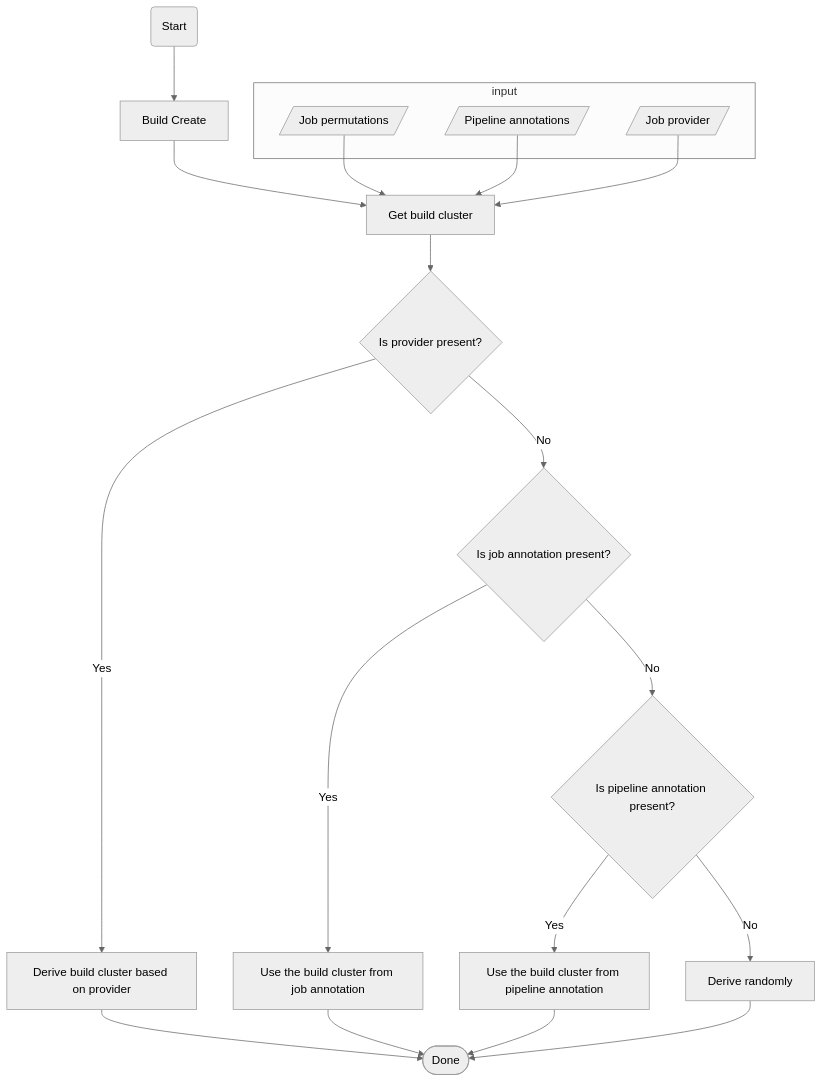
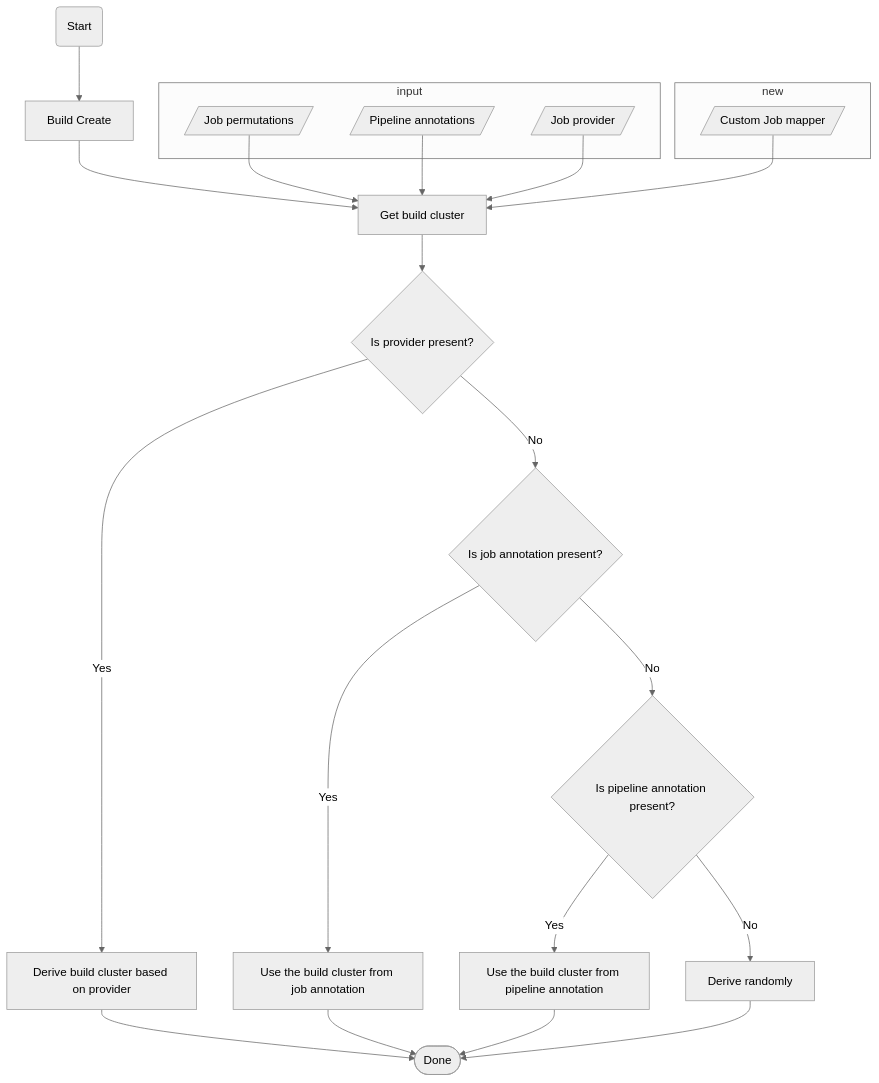
The second of 2 diagrams in design/sd-build-cluster-selection.md (screwdriver-cd/screwdriver), drawn with Mermaid (neutral theme) before and after one commit.

Commit message:
add custom job mapper

````diff
--- a/design/sd-build-cluster-selection.md
+++ b/design/sd-build-cluster-selection.md
@@ -49,34 +49,38 @@
 ```mermaid
 graph TD
 
   A(Start) --> B[Build Create]
   B --> C[Get build cluster]
   subgraph input
   D@{ shape: lean-r, label: "Job permutations" }
   E@{ shape: lean-r, label: "Pipeline annotations" }
   F@{ shape: lean-r, label: "Job provider" }
   end
+  subgraph new
+  Y@{ shape: lean-r, label: "Custom Job mapper" }
+  end
   D --> C
   E --> C
   F --> C
+  Y --> C
   C --> G{Is provider present?}
   G -->|Yes| H[Derive build cluster based on provider]
   H --> Z@{ shape: stadium, label: "Done" }
   G -->|No| I{Is job annotation present?}
   I --> |Yes| J[Use the build cluster from job annotation]
   J --> Z
   I --> |No| K{Is pipeline annotation present?}
   K --> |Yes| L[Use the build cluster from pipeline annotation]
   K --> |No| M[Derive randomly]
   L --> Z
   M --> Z
 
   click C "https://github.com/screwdriver-cd/models/blob/7eac5d79e11620793ab8936cf6e06971a2c04eea/lib/buildFactory.js#L221-L226"
   click D "https://github.com/screwdriver-cd/models/blob/7eac5d79e11620793ab8936cf6e06971a2c04eea/lib/buildFactory.js#L213"
   click E "https://github.com/screwdriver-cd/models/blob/7eac5d79e11620793ab8936cf6e06971a2c04eea/lib/buildFactory.js#L214"
   click F "https://github.com/screwdriver-cd/models/blob/7eac5d79e11620793ab8936cf6e06971a2c04eea/lib/buildFactory.js#L215-L219"
   click H "https://github.com/screwdriver-cd/models/blob/7eac5d79e11620793ab8936cf6e06971a2c04eea/lib/helper.js#L245-L248"
   click J "https://github.com/screwdriver-cd/models/blob/7eac5d79e11620793ab8936cf6e06971a2c04eea/lib/helper.js#L235-L237"
   click L "https://github.com/screwdriver-cd/models/blob/7eac5d79e11620793ab8936cf6e06971a2c04eea/lib/helper.js#L239-L241"
   click M "https://github.com/screwdriver-cd/models/blob/7eac5d79e11620793ab8936cf6e06971a2c04eea/lib/helper.js#L259-L265"
 ```
````
